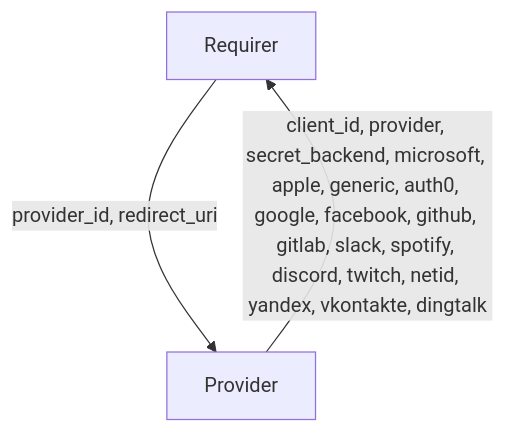
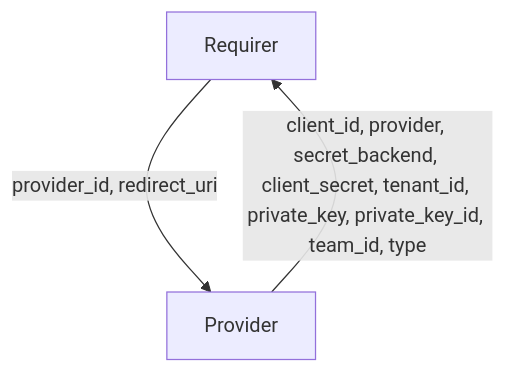
The diagram in interfaces/kratos_external_idp/v0/README.md (canonical/charm-relation-interfaces), drawn with Mermaid before and after one commit. The commit also changed other lines of this file and 2 other files, not shown here.

````diff
--- a/interfaces/kratos_external_idp/v0/README.md
+++ b/interfaces/kratos_external_idp/v0/README.md
@@ -14,5 +14,5 @@
 ```mermaid
 flowchart
     Requirer -- provider_id, redirect_uri --> Provider
-    Provider -- client_id, provider, secret_backend, microsoft, apple, generic, auth0, google, facebook, github, gitlab, slack, spotify, discord, twitch, netid, yandex, vkontakte, dingtalk --> Requirer
+    Provider -- client_id, provider, secret_backend, client_secret, tenant_id, private_key, private_key_id, team_id, type --> Requirer
 ```
````
